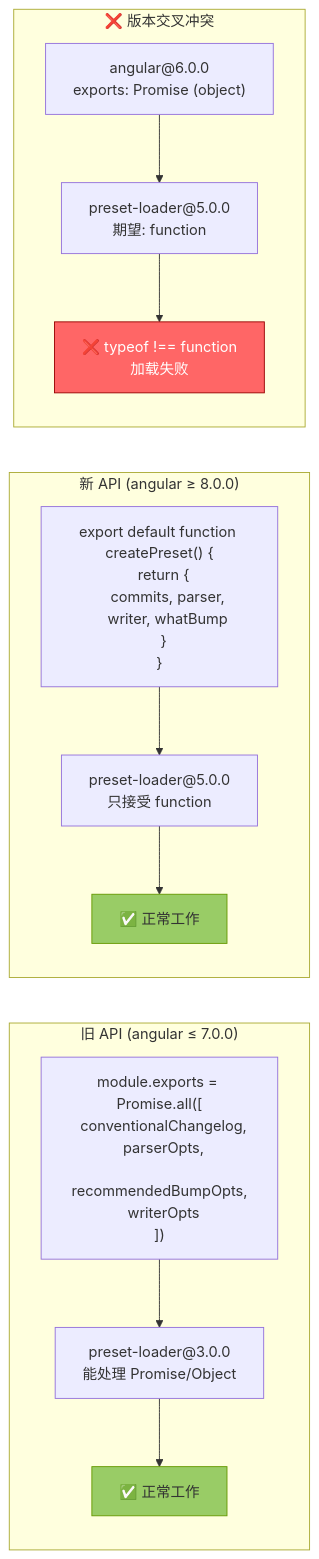
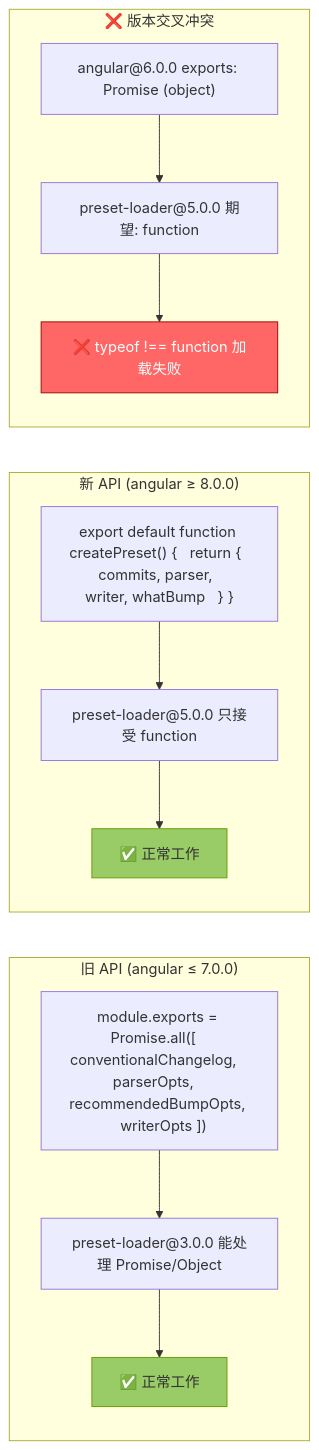
The sixth of 6 diagrams in docs/ruan-cat-notes/docs/bug/026-fuck-commit-and-tag-version-2026-4-9/2026-04-09-conventional-changelog-angular-version-conflict-analysis.md (ruan-cat/notes), drawn with Mermaid before and after one commit. The commit also changed other lines of this file and 2 other files, not shown here.

First line of the commit message:
🐞 fix(docs): 修复 mermaid/handlebars 代码块导致 VitePress 构建错误

````diff
--- a/docs/ruan-cat-notes/docs/bug/026-fuck-commit-and-tag-version-2026-4-9/2026-04-09-conventional-changelog-angular-version-conflict-analysis.md
+++ b/docs/ruan-cat-notes/docs/bug/026-fuck-commit-and-tag-version-2026-4-9/2026-04-09-conventional-changelog-angular-version-conflict-analysis.md
@@ -278,27 +278,27 @@
 ```mermaid
 graph LR
     subgraph "旧 API (angular ≤ 7.0.0)"
-        OLD_EXPORT["module.exports = Promise.all([<br/>  conventionalChangelog,<br/>  parserOpts,<br/>  recommendedBumpOpts,<br/>  writerOpts<br/>])"]
-        OLD_LOADER["preset-loader@3.0.0<br/>能处理 Promise/Object"]
+        OLD_EXPORT["module.exports = Promise.all([   conventionalChangelog,   parserOpts,   recommendedBumpOpts,   writerOpts ])"]
+        OLD_LOADER["preset-loader@3.0.0 能处理 Promise/Object"]
         OLD_EXPORT --> OLD_LOADER
         OLD_LOADER --> OLD_OK["✅ 正常工作"]
     end
 
     subgraph "新 API (angular ≥ 8.0.0)"
-        NEW_EXPORT["export default function createPreset() {<br/>  return {<br/>    commits, parser,<br/>    writer, whatBump<br/>  }<br/>}"]
-        NEW_LOADER["preset-loader@5.0.0<br/>只接受 function"]
+        NEW_EXPORT["export default function createPreset() {   return {     commits, parser,     writer, whatBump   } }"]
+        NEW_LOADER["preset-loader@5.0.0 只接受 function"]
         NEW_EXPORT --> NEW_LOADER
         NEW_LOADER --> NEW_OK["✅ 正常工作"]
     end
 
     subgraph "❌ 版本交叉冲突"
-        CROSS_OLD["angular@6.0.0<br/>exports: Promise (object)"]
-        CROSS_NEW["preset-loader@5.0.0<br/>期望: function"]
+        CROSS_OLD["angular@6.0.0 exports: Promise (object)"]
+        CROSS_NEW["preset-loader@5.0.0 期望: function"]
         CROSS_OLD --> CROSS_NEW
-        CROSS_NEW --> CROSS_FAIL["❌ typeof !== function<br/>加载失败"]
+        CROSS_NEW --> CROSS_FAIL["❌ typeof !== function 加载失败"]
     end
 
     style OLD_OK fill:#9c6,stroke:#690
     style NEW_OK fill:#9c6,stroke:#690
     style CROSS_FAIL fill:#f66,stroke:#900,color:#fff
 ```
````
